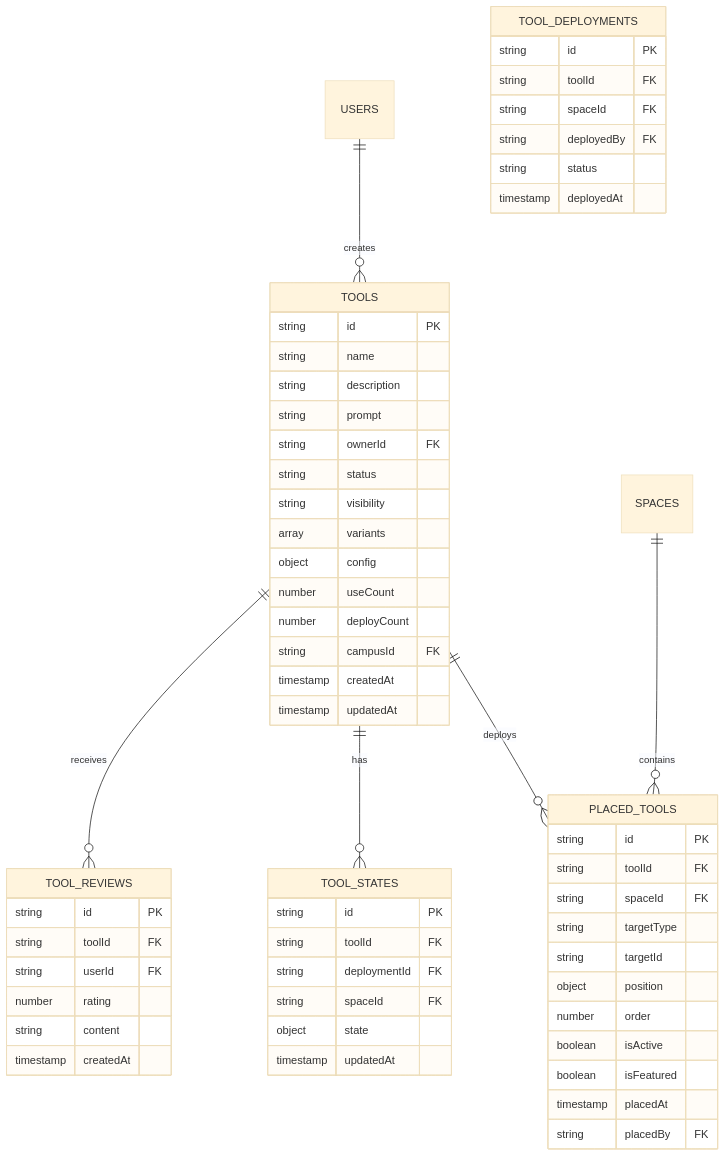
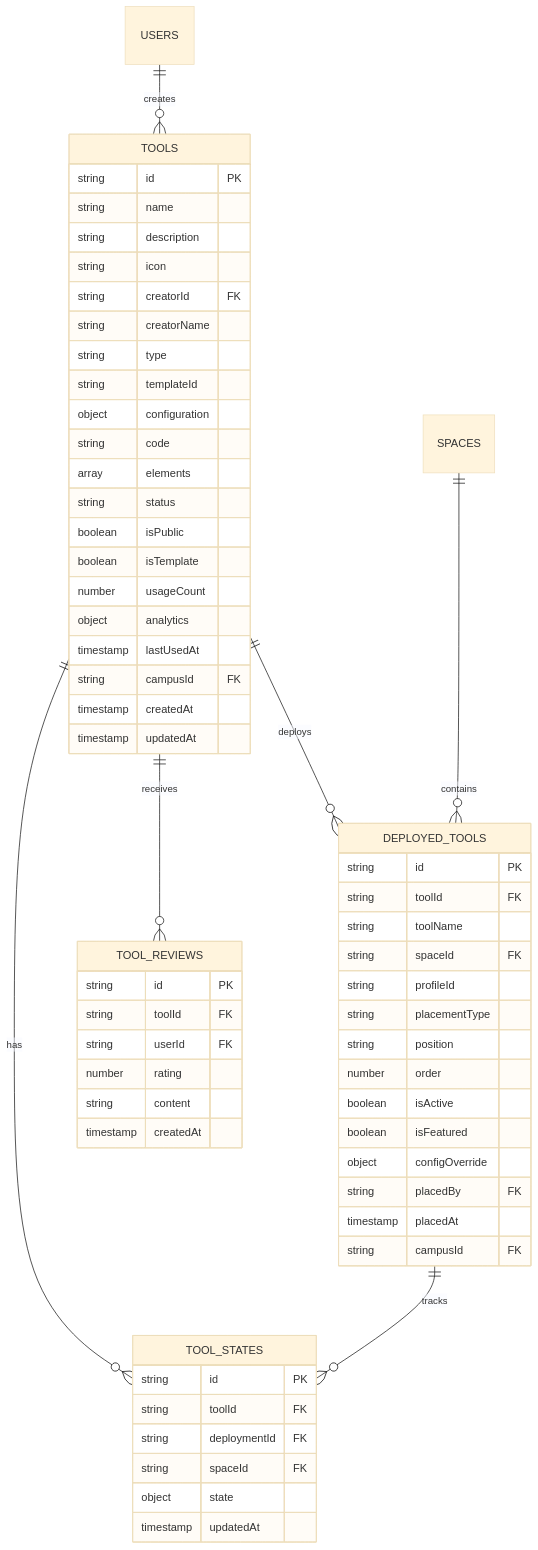
The fourth of 11 diagrams in docs/ERD.md (rhinehart514/HIVE_OFFICIAL), drawn with Mermaid (base theme) before and after one commit. The commit also changed other lines of this file, not shown here.

First line of the commit message:
docs: Comprehensive ERD overhaul — 11 diagrams, 50+ collections

````diff
--- a/docs/ERD.md
+++ b/docs/ERD.md
@@ -241,66 +343,67 @@
 ```mermaid
 erDiagram
     USERS ||--o{ TOOLS : creates
-    TOOLS ||--o{ PLACED_TOOLS : deploys
+    TOOLS ||--o{ DEPLOYED_TOOLS : deploys
     TOOLS ||--o{ TOOL_STATES : has
     TOOLS ||--o{ TOOL_REVIEWS : receives
-    SPACES ||--o{ PLACED_TOOLS : contains
+    SPACES ||--o{ DEPLOYED_TOOLS : contains
+    DEPLOYED_TOOLS ||--o{ TOOL_STATES : tracks
 
     TOOLS {
         string id PK
         string name
         string description
-        string prompt
-        string ownerId FK
+        string icon
+        string creatorId FK
+        string creatorName
+        string type
+        string templateId
+        object configuration
+        string code
+        array elements
         string status
-        string visibility
-        array variants
-        object config
-        number useCount
-        number deployCount
+        boolean isPublic
+        boolean isTemplate
+        number usageCount
+        object analytics
+        timestamp lastUsedAt
         string campusId FK
         timestamp createdAt
         timestamp updatedAt
     }
 
-    PLACED_TOOLS {
+    DEPLOYED_TOOLS {
         string id PK
         string toolId FK
+        string toolName
         string spaceId FK
-        string targetType
-        string targetId
-        object position
+        string profileId
+        string placementType
+        string position
         number order
         boolean isActive
         boolean isFeatured
+        object configOverride
+        string placedBy FK
         timestamp placedAt
-        string placedBy FK
+        string campusId FK
     }
 
     TOOL_STATES {
         string id PK
         string toolId FK
         string deploymentId FK
         string spaceId FK
         object state
         timestamp updatedAt
     }
 
     TOOL_REVIEWS {
         string id PK
         string toolId FK
         string userId FK
         number rating
         string content
         timestamp createdAt
     }
-
-    TOOL_DEPLOYMENTS {
-        string id PK
-        string toolId FK
-        string spaceId FK
-        string deployedBy FK
-        string status
-        timestamp deployedAt
-    }
 ```
````
